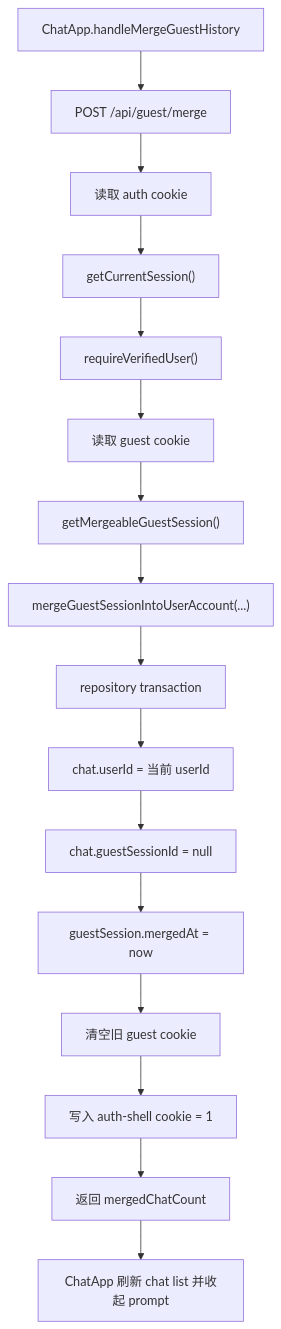
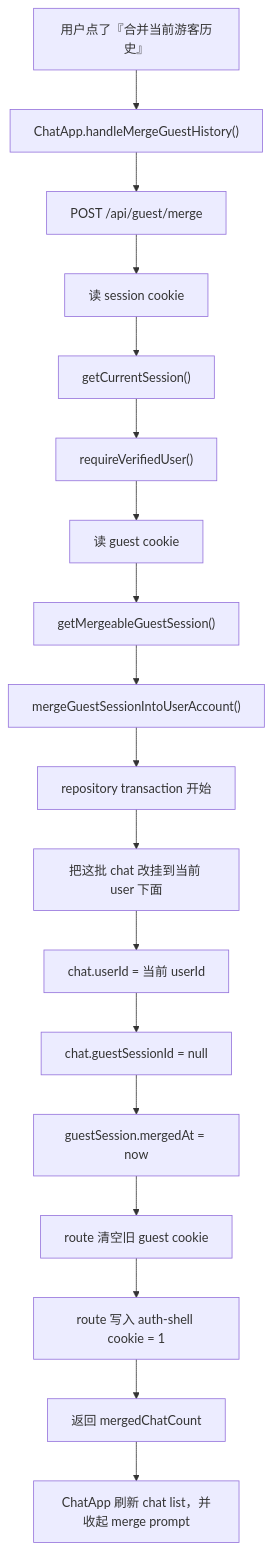
One commit to xieminwyc/ai-chat changed the second of 3 diagrams in docs/superpowers/specs/2026-04-09-guest-history-merge-learning.md. Above: the diagram before and after it, drawn with Mermaid. The commit also changed other lines of this file and 1 other file, not shown here.

Commit message:
Clarify guest merge docs and tidy verify email page

````diff
--- a/docs/superpowers/specs/2026-04-09-guest-history-merge-learning.md
+++ b/docs/superpowers/specs/2026-04-09-guest-history-merge-learning.md
@@ -210,18 +240,20 @@
 ```mermaid
 flowchart TD
-  A["ChatApp.handleMergeGuestHistory"] --> B["POST /api/guest/merge"]
-  B --> C["读取 auth cookie"]
-  C --> D["getCurrentSession()"]
-  D --> E["requireVerifiedUser()"]
-  E --> F["读取 guest cookie"]
-  F --> G["getMergeableGuestSession()"]
-  G --> H["mergeGuestSessionIntoUserAccount(...)"]
-  H --> I["repository transaction"]
-  I --> J["chat.userId = 当前 userId"]
-  J --> K["chat.guestSessionId = null"]
-  K --> L["guestSession.mergedAt = now"]
-  L --> M["清空旧 guest cookie"]
-  M --> N["写入 auth-shell cookie = 1"]
-  N --> O["返回 mergedChatCount"]
-  O --> P["ChatApp 刷新 chat list 并收起 prompt"]
+  A["用户点了『合并当前游客历史』"] --> B["ChatApp.handleMergeGuestHistory()"]
+  B --> C["POST /api/guest/merge"]
+  C --> D["读 session cookie"]
+  D --> E["getCurrentSession()"]
+  E --> F["requireVerifiedUser()"]
+  F --> G["读 guest cookie"]
+  G --> H["getMergeableGuestSession()"]
+  H --> I["mergeGuestSessionIntoUserAccount()"]
+  I --> J["repository transaction 开始"]
+  J --> K["把这批 chat 改挂到当前 user 下面"]
+  K --> L["chat.userId = 当前 userId"]
+  L --> M["chat.guestSessionId = null"]
+  M --> N["guestSession.mergedAt = now"]
+  N --> O["route 清空旧 guest cookie"]
+  O --> P["route 写入 auth-shell cookie = 1"]
+  P --> Q["返回 mergedChatCount"]
+  Q --> R["ChatApp 刷新 chat list，并收起 merge prompt"]
 ```
````
